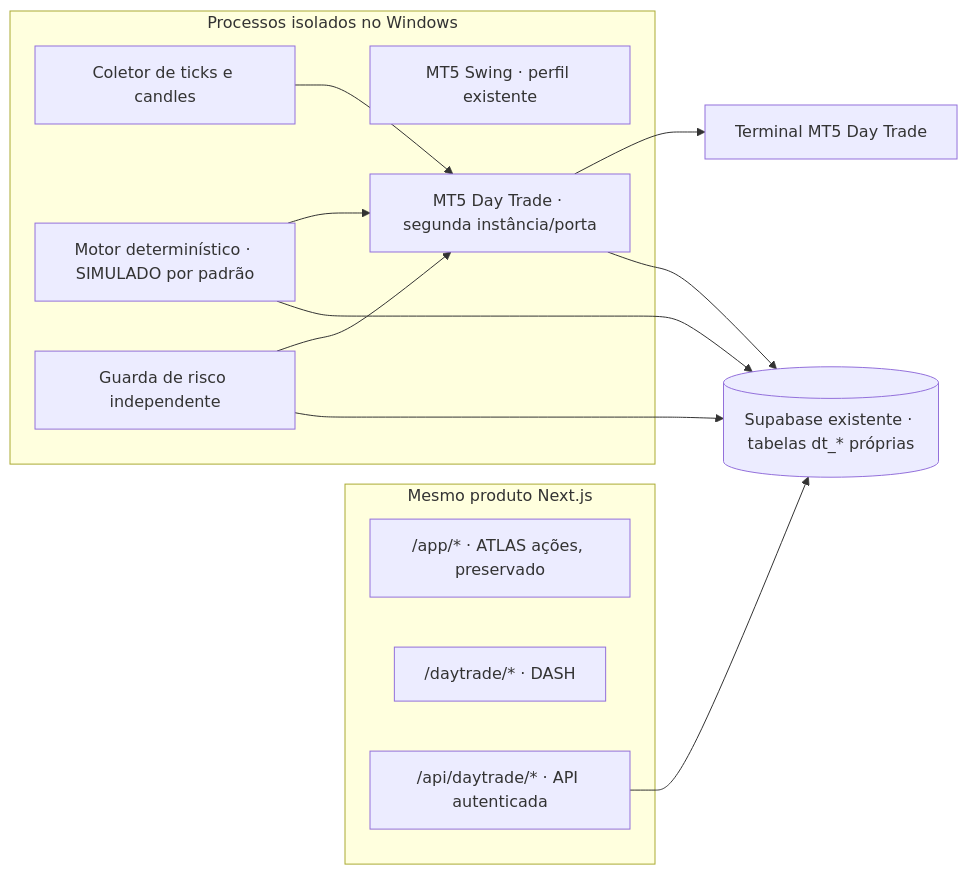
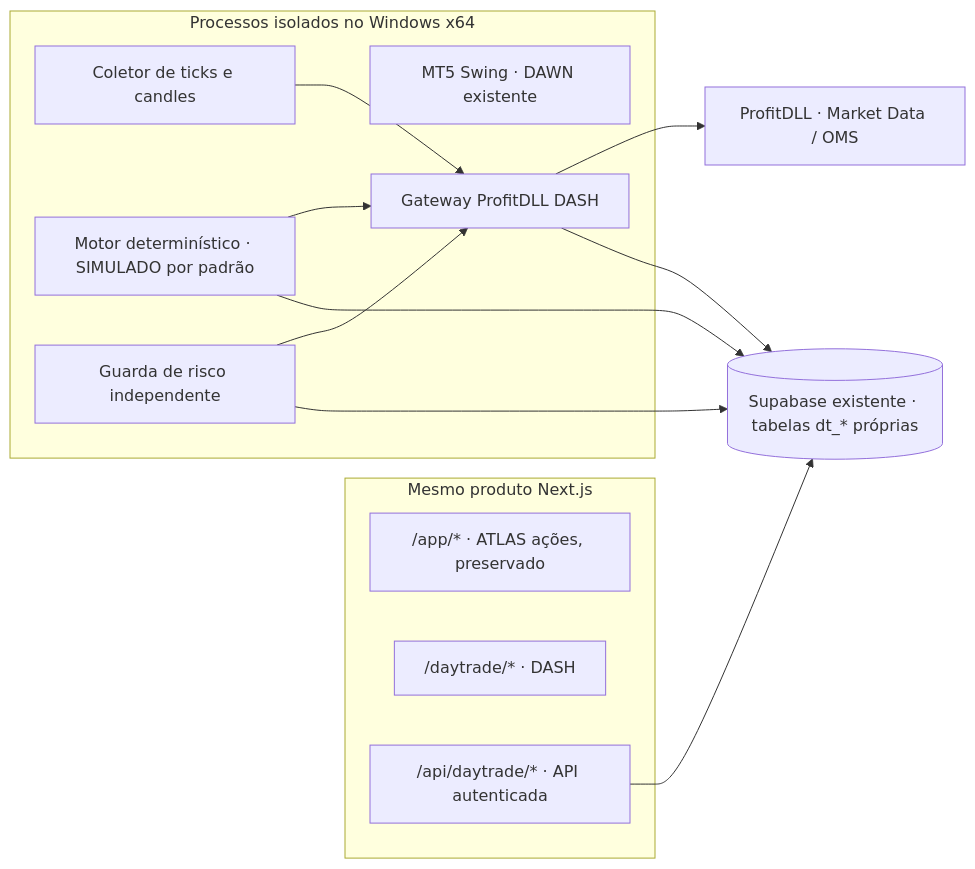
The diagram in docs/daytrade/ARQUITETURA.md (BrenoSilveiraLeal/A.T.L.A.S), drawn with Mermaid before and after one commit. The commit also changed other lines of this file and 24 other files, not shown here.

Commit message:
feat: wire DASH to read-only ProfitDLL market data

````diff
--- a/docs/daytrade/ARQUITETURA.md
+++ b/docs/daytrade/ARQUITETURA.md
@@ -20,23 +20,23 @@
 ```mermaid
 flowchart LR
   subgraph web[Mesmo produto Next.js]
     app["/app/* · ATLAS ações, preservado"]
     dash["/daytrade/* · DASH"]
     api["/api/daytrade/* · API autenticada"]
   end
   api --> db[("Supabase existente · tabelas dt_* próprias")]
-  subgraph windows[Processos isolados no Windows]
-    swing["MT5 Swing · perfil existente"]
-    dtgw["MT5 Day Trade · segunda instância/porta"]
+  subgraph windows[Processos isolados no Windows x64]
+    swing["MT5 Swing · DAWN existente"]
+    dtgw["Gateway ProfitDLL DASH"]
     recorder["Coletor de ticks e candles"]
     engine["Motor determinístico · SIMULADO por padrão"]
     guard["Guarda de risco independente"]
   end
   recorder --> dtgw
   engine --> dtgw
   guard --> dtgw
-  dtgw --> mt5["Terminal MT5 Day Trade"]
+  dtgw --> profit["ProfitDLL · Market Data / OMS"]
   dtgw --> db
   engine --> db
   guard --> db
 ```
````
